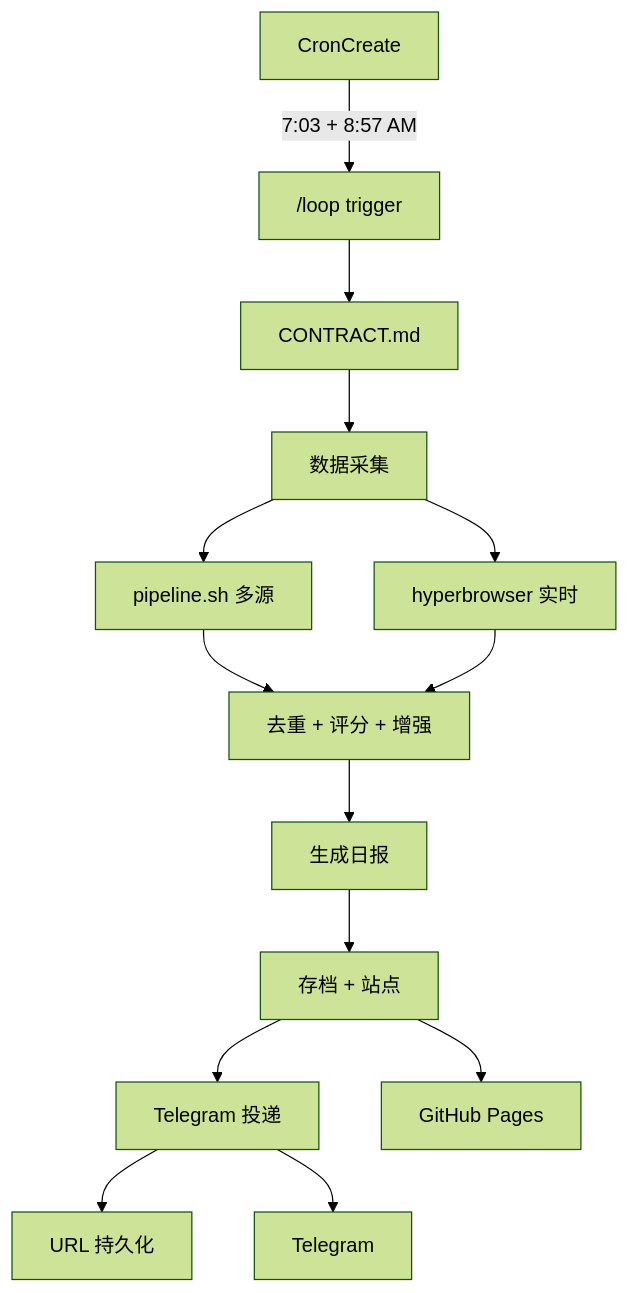
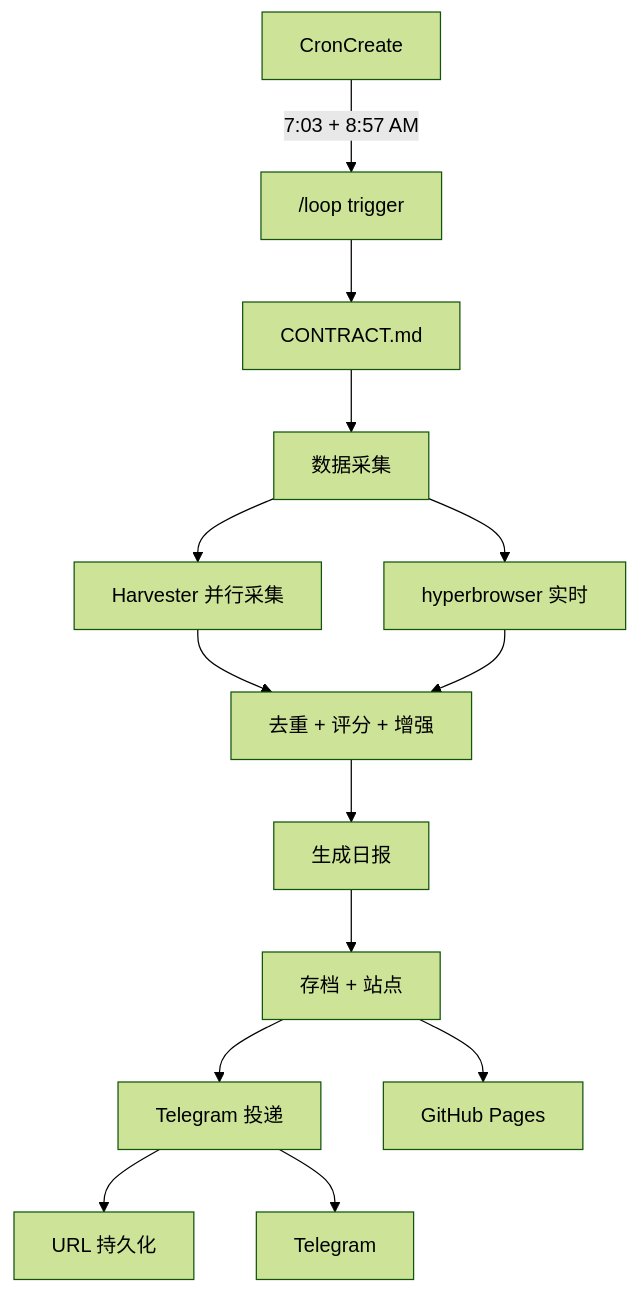
Before and after one commit to TheWher/follow-news: the diagram in README.md, drawn with Mermaid (forest theme). The commit also changed other lines of this file, not shown here.

Commit message:
docs: update README for v3.23 modular architecture

````diff
--- a/README.md
+++ b/README.md
@@ -45,16 +45,16 @@
 ```mermaid
 graph TD
     A[CronCreate] -->|7:03 + 8:57 AM| B["/loop trigger"]
     B --> C[CONTRACT.md]
     C --> D[数据采集]
-    D --> E1[pipeline.sh 多源]
+    D --> E1[Harvester 并行采集]
     D --> E2[hyperbrowser 实时]
     E1 --> F[去重 + 评分 + 增强]
     E2 --> F
     F --> G[生成日报]
     G --> H[存档 + 站点]
     H --> I[Telegram 投递]
     I --> J[URL 持久化]
     H --> M[GitHub Pages]
     I --> L[Telegram]
 ```
````
